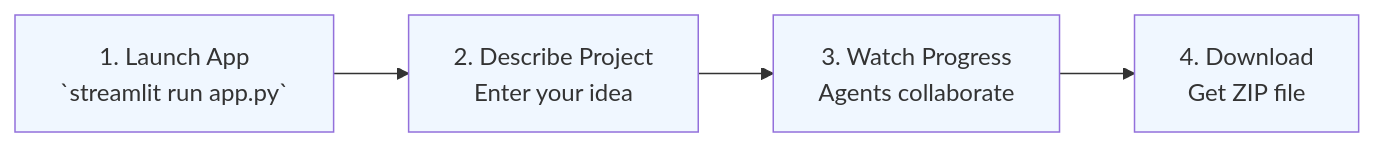
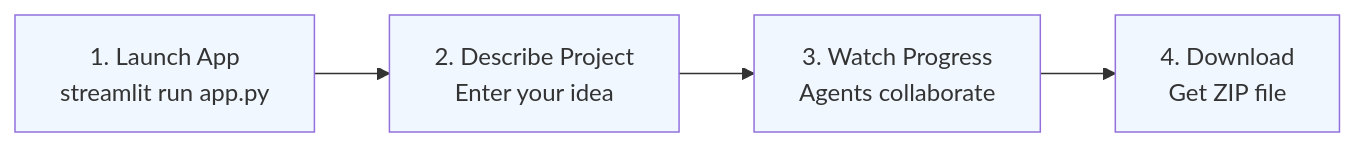
One commit to KshitizCodeHub/Architect_AI changed the third of 4 diagrams in README.md. Above: the diagram before and after it, drawn with Mermaid. The commit also changed other lines of this file, not shown here.

````diff
--- a/README.md
+++ b/README.md
@@ -153,11 +153,11 @@
 ```mermaid
 flowchart LR
-    A["1. Launch App<br/>`streamlit run app.py`"] --> B["2. Describe Project<br/>Enter your idea"]
-    B --> C["3. Watch Progress<br/>Agents collaborate"]
-    C --> D["4. Download<br/>Get ZIP file"]
+    A[1. Launch App<br/>streamlit run app.py] --> B[2. Describe Project<br/>Enter your idea]
+    B --> C[3. Watch Progress<br/>Agents collaborate]
+    C --> D[4. Download<br/>Get ZIP file]
     
     style A fill:#f0f7ff
     style B fill:#f0f7ff
     style C fill:#f0f7ff
     style D fill:#f0f7ff
 ```
````
